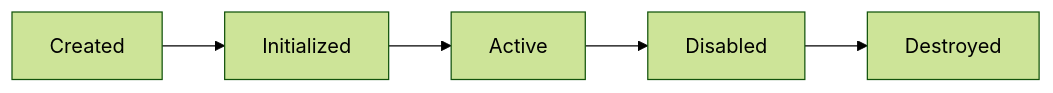
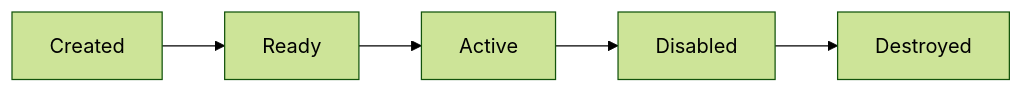
One commit to iamai74/project-echo changed the diagram in docs/architecture/components.md. Above: the diagram before and after it, drawn with Mermaid (forest theme). The commit also changed other lines of this file and 25 other files, not shown here.

````diff
--- a/docs/architecture/components.md
+++ b/docs/architecture/components.md
@@ -114,5 +238,5 @@
 ```mermaid
 flowchart LR
 
-Created --> Initialized --> Active --> Disabled --> Destroyed
+Created --> Ready --> Active --> Disabled --> Destroyed
 ```
````
